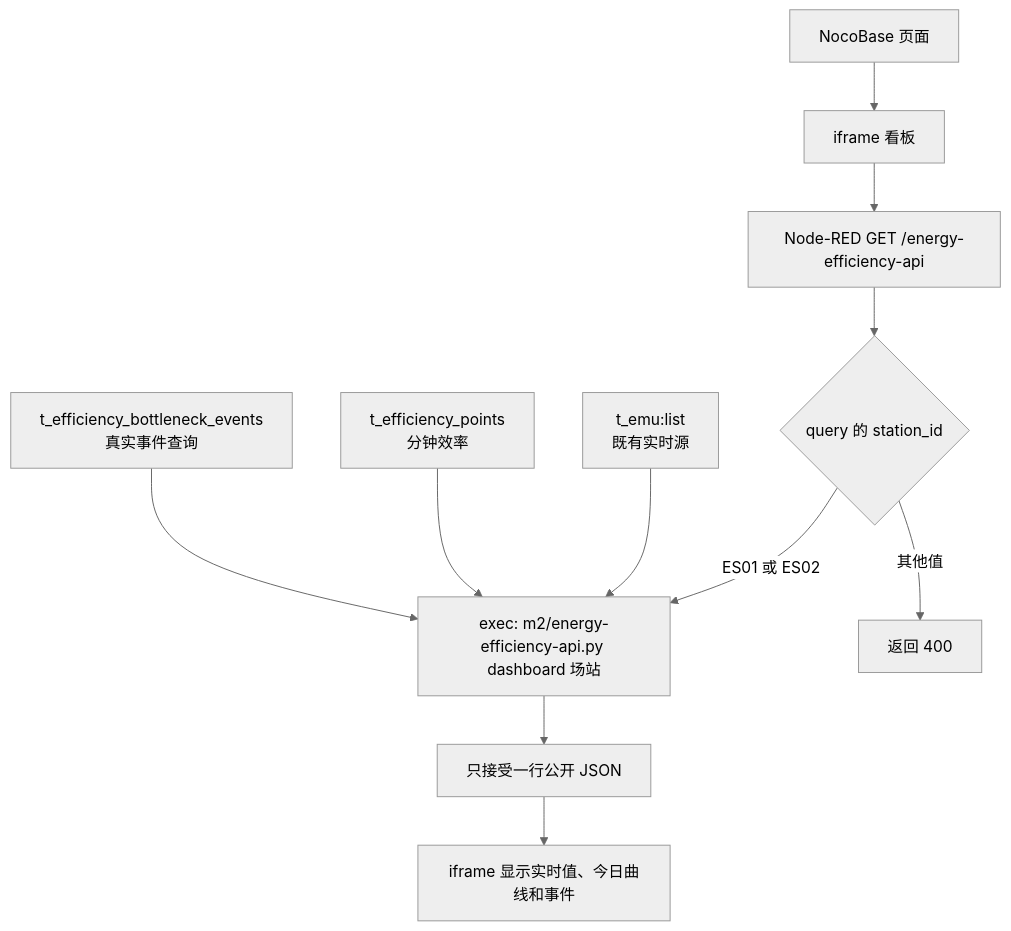
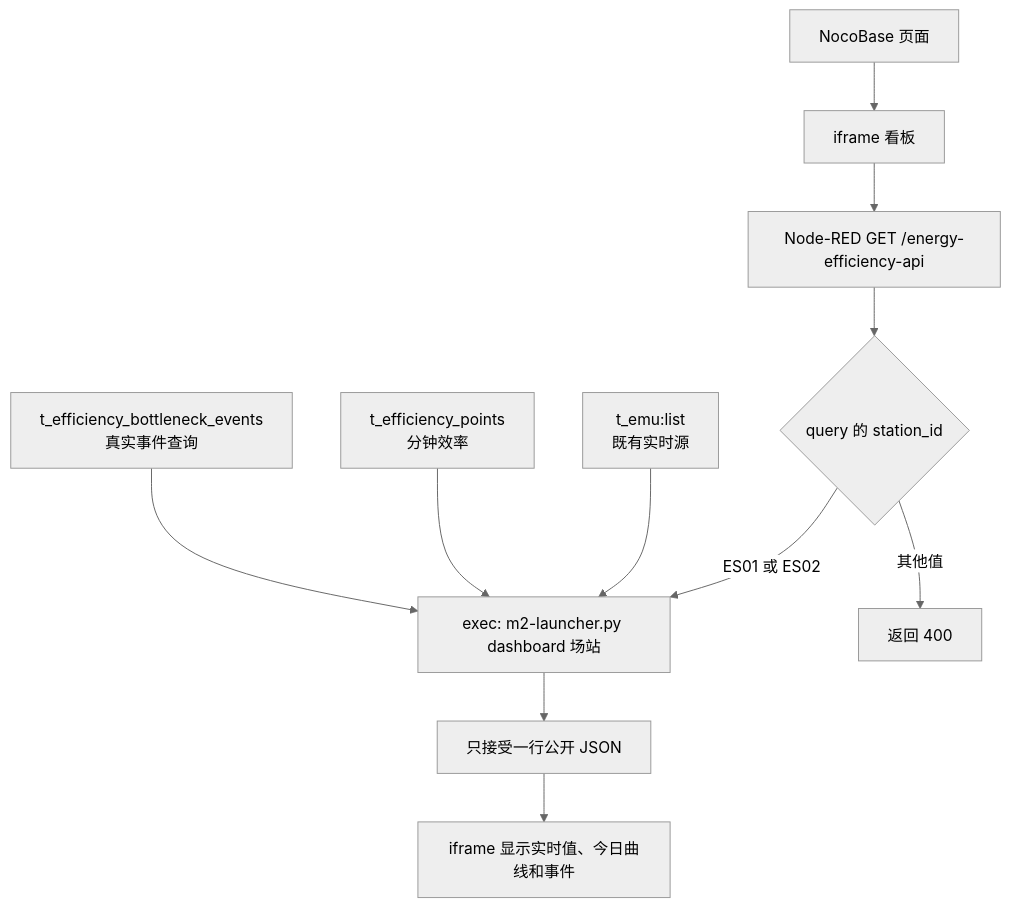
One commit to hua-js/vifa-en changed the first of 3 diagrams in docs/m2/M2线上部署流程图.md. Above: the diagram before and after it, drawn with Mermaid (neutral theme). The commit also changed other lines of this file and 12 other files, not shown here.

````diff
--- a/docs/m2/M2线上部署流程图.md
+++ b/docs/m2/M2线上部署流程图.md
@@ -11,14 +13,14 @@
 ```mermaid
 flowchart TD
     A[NocoBase 页面] --> B[iframe 看板]
     B --> C[Node-RED GET /energy-efficiency-api]
     C --> D{query 的 station_id}
-    D -->|ES01 或 ES02| E[exec: m2/energy-efficiency-api.py dashboard 场站]
+    D -->|ES01 或 ES02| E[exec: m2-launcher.py dashboard 场站]
     D -->|其他值| F[返回 400]
     E --> G[只接受一行公开 JSON]
     G --> H[iframe 显示实时值、今日曲线和事件]
 
     I[t_emu:list<br/>既有实时源] --> E
     K[t_efficiency_points<br/>分钟效率] --> E
     M[t_efficiency_bottleneck_events<br/>真实事件查询] --> E
 ```
````
